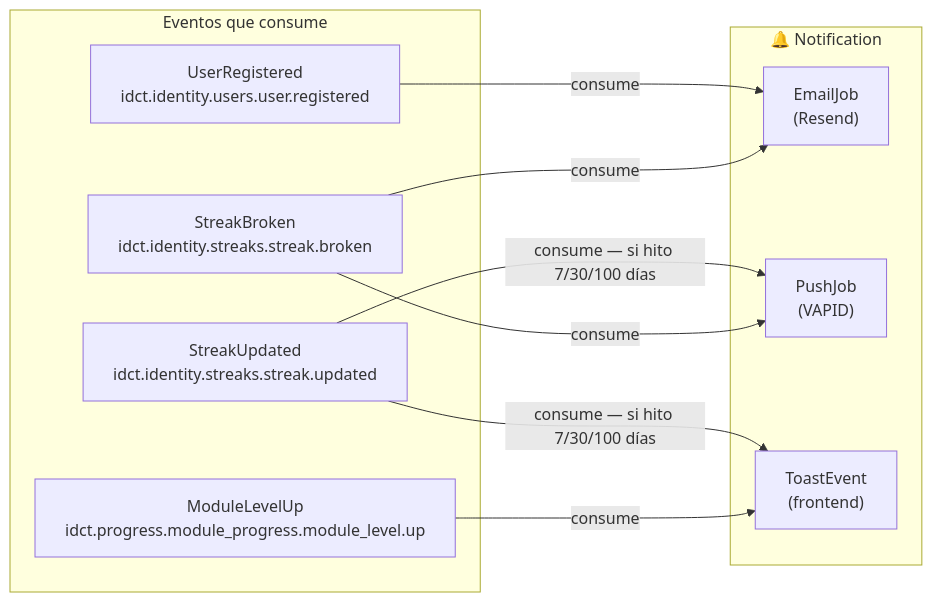
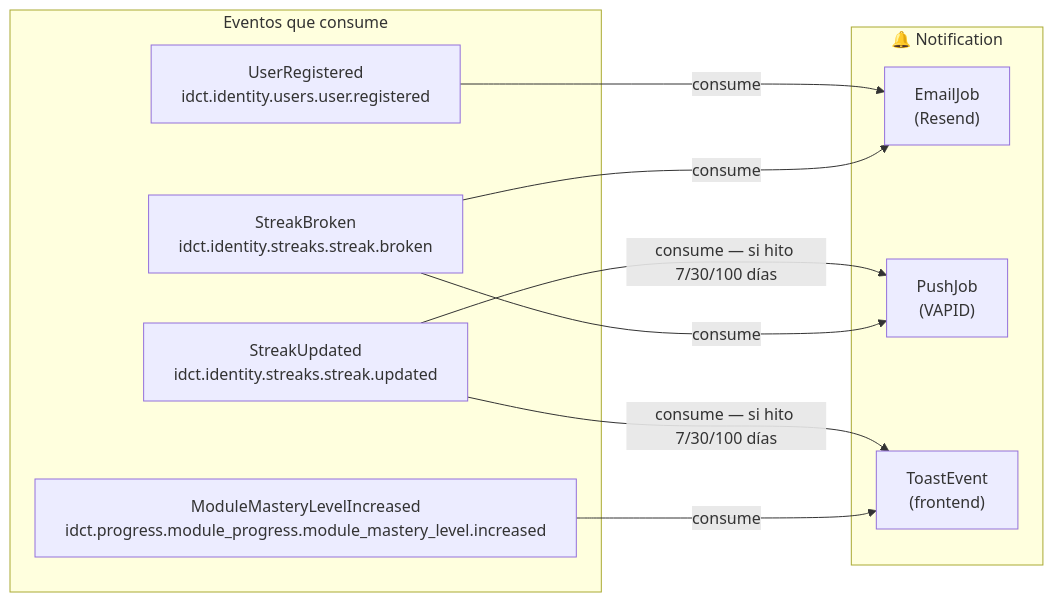
Before and after one commit to AbrahamVilchesDeLaCruz/ididntcatchthat: the seventh of 7 diagrams in docs/domain/bounded-contexts-detail.md, drawn with Mermaid. The commit also changed other lines of this file and 22 other files, not shown here.

````diff
--- a/docs/domain/bounded-contexts-detail.md
+++ b/docs/domain/bounded-contexts-detail.md
@@ -236,22 +236,22 @@
 ```mermaid
 graph LR
     subgraph Consumes ["Eventos que consume"]
         C1["UserRegistered\nidct.identity.users.user.registered"]
         C2["StreakUpdated\nidct.identity.streaks.streak.updated"]
         C3["StreakBroken\nidct.identity.streaks.streak.broken"]
-        C4["ModuleLevelUp\nidct.progress.module_progress.module_level.up"]
+        C4["ModuleMasteryLevelIncreased\nidct.progress.module_progress.module_mastery_level.increased"]
     end
 
     subgraph Notification ["🔔 Notification"]
         EJ["EmailJob\n(Resend)"]
         PJ["PushJob\n(VAPID)"]
         TJ["ToastEvent\n(frontend)"]
     end
 
     C1 -->|consume| EJ
     C2 -->|consume — si hito 7/30/100 días| TJ
     C2 -->|consume — si hito 7/30/100 días| PJ
     C3 -->|consume| EJ
     C3 -->|consume| PJ
     C4 -->|consume| TJ
 ```
````
